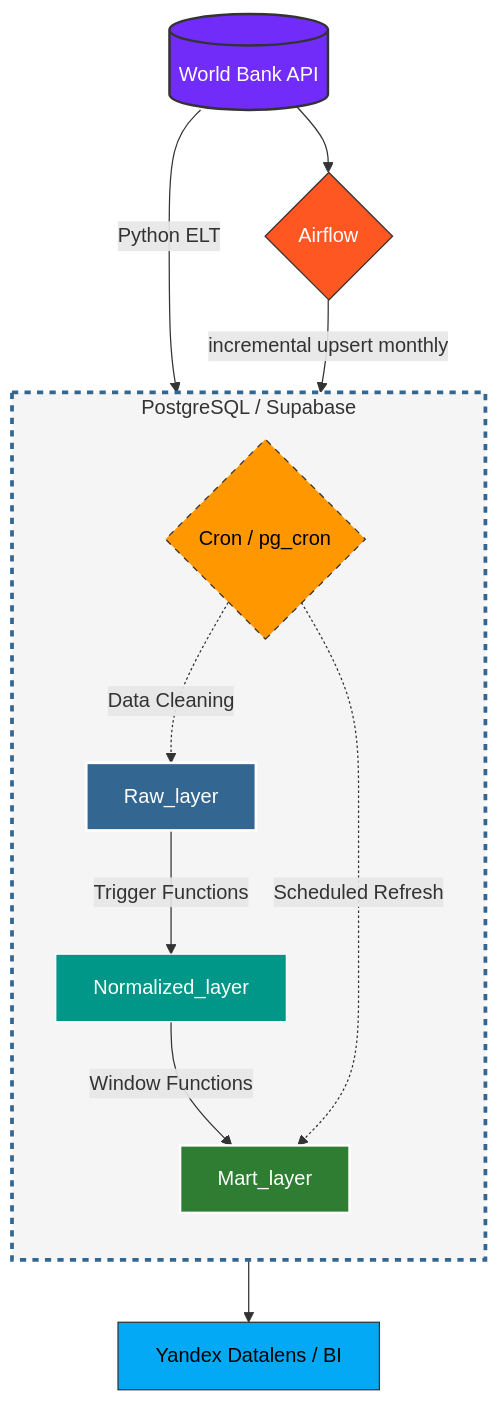
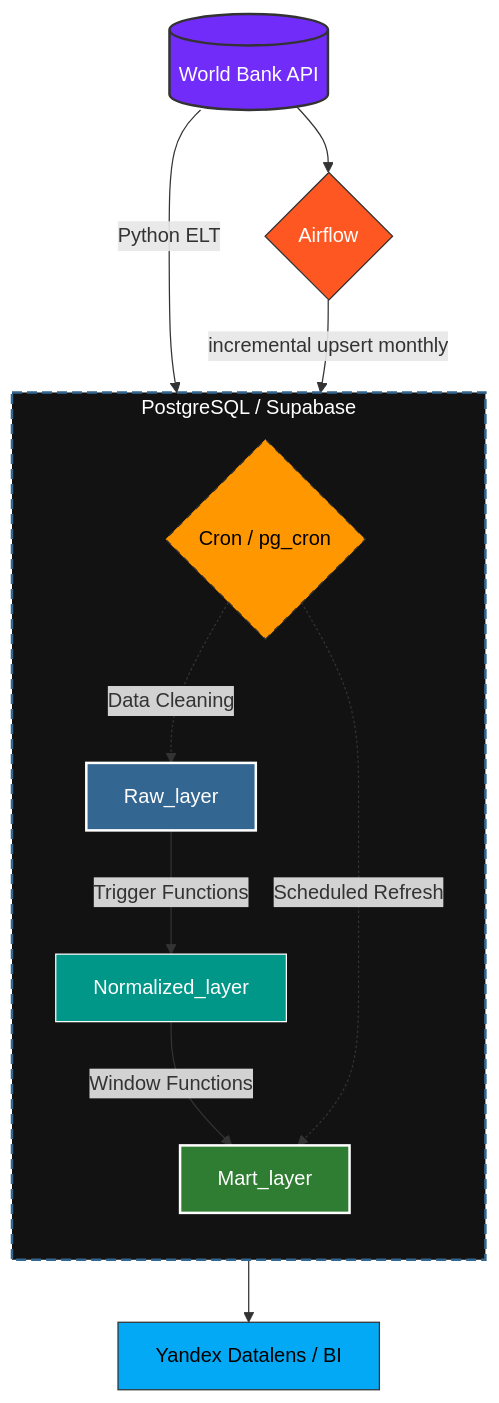
One commit to ososovyan/WB_data_collector changed the diagram in README.md. Above: the diagram before and after it, drawn with Mermaid. The commit also changed other lines of this file, not shown here.

````diff
--- a/README.md
+++ b/README.md
@@ -37,31 +37,31 @@
 ```mermaid
 graph TD
     %% Источник данных
     WB[(World Bank API)] --> |Python ELT| RL[Raw_layer]
 
     %% Внутренняя логика БД
     subgraph PostgreSQL_Database [PostgreSQL / Supabase]
         direction TB
         RL --> |Trigger Functions| NL[Normalized_layer]
         
         NL --> |Window Functions| ML[Mart_layer]
 
         CRON{Cron / pg_cron} -.-> |Scheduled Refresh| ML
         CRON -.-> |Data Cleaning| RL
     end
 
     %% Выход данных
     ML --> API[Yandex Datalens / BI]
     WB --> A{Airflow}
     A --> |incremental upsert monthly| RL
 
     %% Стилизация по смыслу
     style WB fill:#712cf9,color:#fff,stroke:#333,stroke-width:2px
     style RL fill:#336791,color:#fff,stroke:#fff,stroke-width:2px
     style NL fill:#009688,color:#fff,stroke:#fff,stroke-width:1px
     style ML fill:#2e7d32,color:#fff,stroke:#fff,stroke-width:2px
     style A fill:#ff5722,color:#fff,stroke:#333
     style CRON fill:#ff9800,color:#000,stroke:#333,stroke-dasharray: 5 5
     style API fill:#03a9f4,color:#000,stroke:#333
-    style PostgreSQL_Database fill:#f5f5f5,stroke:#336791,stroke-width:3px,stroke-dasharray: 5 5
+    style PostgreSQL_Database fill:#121212,color:#ffffff,stroke:#336791,stroke-width:2px,stroke-dasharray: 8 4
 ```
````
